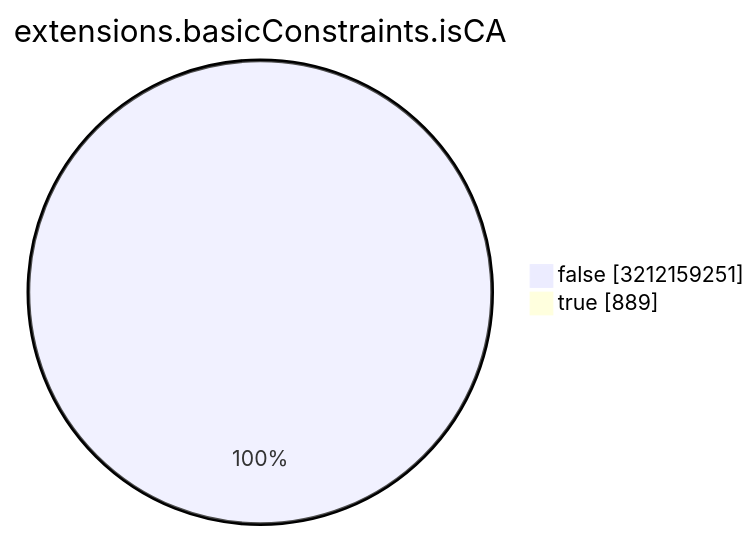
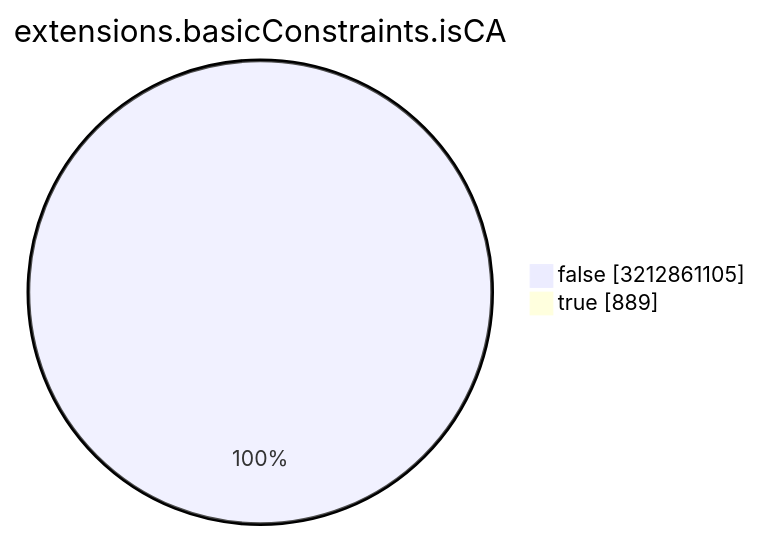
Before and after one commit to christiankrug/ctmonitor_visualization: the seventh of 15 diagrams in TOTAL/README.md, drawn with Mermaid. The commit also changed other lines of this file, not shown here.

````diff
--- a/TOTAL/README.md
+++ b/TOTAL/README.md
@@ -3088,6 +3088,6 @@
 ```mermaid
 pie showData
 title extensions.basicConstraints.isCA
-"false" :3212159251
+"false" :3212861105
 "true" :889
 ```
````
